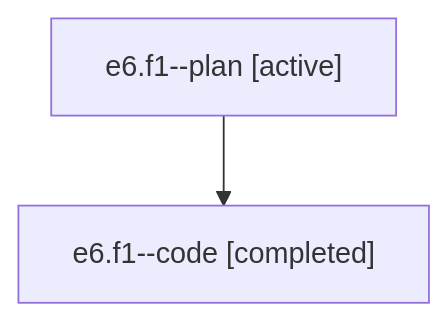
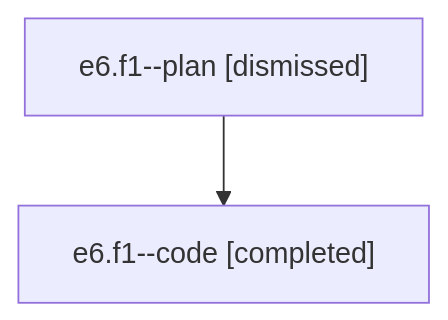
Before and after one commit to sase-org/sase--agents: the diagram in sessions/bbugyi200.athena.e6.f1.md, drawn with Mermaid. The commit also changed other lines of this file and 36 other files, not shown here.

````diff
--- a/sessions/bbugyi200.athena.e6.f1.md
+++ b/sessions/bbugyi200.athena.e6.f1.md
@@ -9,6 +9,6 @@
 ```mermaid
 flowchart TD
-  n0["e6.f1--plan [active]"]
+  n0["e6.f1--plan [dismissed]"]
   n1["e6.f1--code [completed]"]
   n0 --> n1
 ```
````
